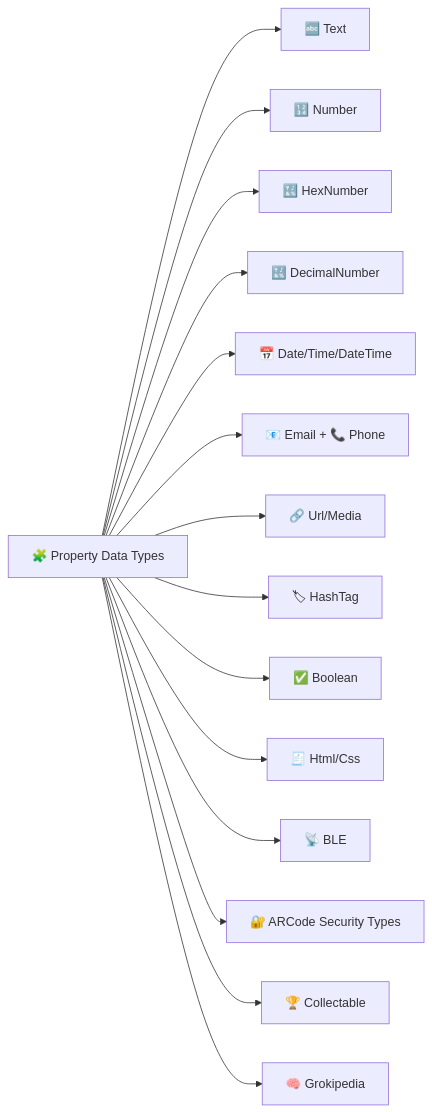
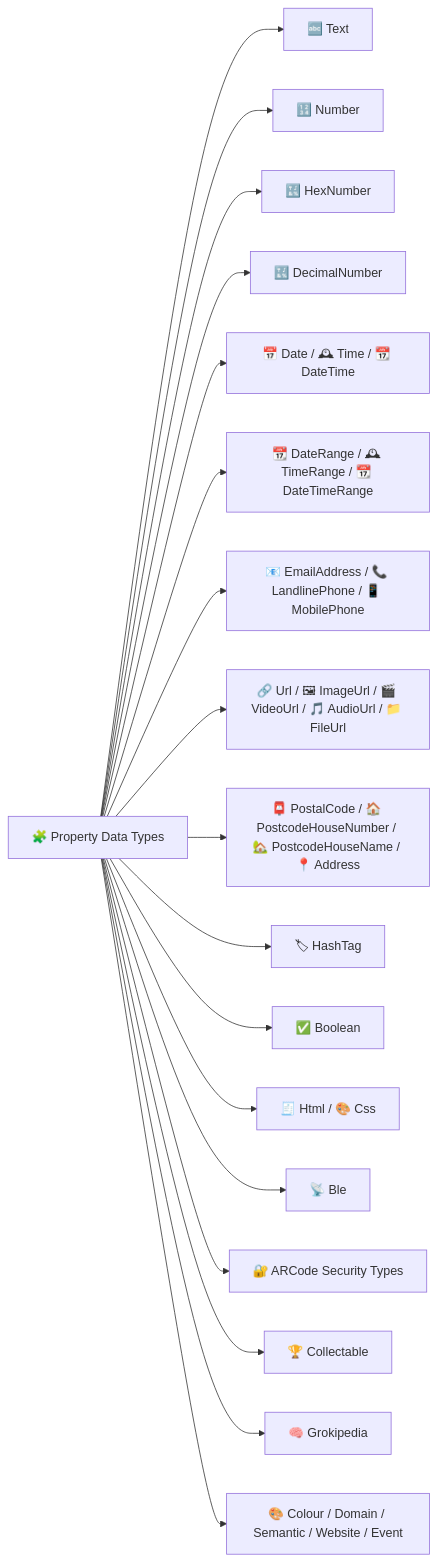
Before and after one commit to GeoARit/.github: the fourth of 6 diagrams in profile/README.md, drawn with Mermaid. The commit also changed other lines of this file, not shown here.

````diff
--- a/profile/README.md
+++ b/profile/README.md
@@ -271,17 +246,20 @@
 ```mermaid
 flowchart LR
     T["🧩 Property Data Types"] --> A["🔤 Text"]
     T --> B["🔢 Number"]
     T --> B2["🔣 HexNumber"]
     T --> C["🔣 DecimalNumber"]
-    T --> D["📅 Date/Time/DateTime"]
-    T --> D2["📧 Email + 📞 Phone"]
-    T --> E["🔗 Url/Media"]
-    T --> F["🏷 HashTag"]
-    T --> G["✅ Boolean"]
-    T --> G2["🧾 Html/Css"]
-    T --> H["📡 BLE"]
-    T --> I["🔐 ARCode Security Types"]
-    T --> J["🏆 Collectable"]
-    T --> K["🧠 Grokipedia"]
+    T --> D["📅 Date / 🕰 Time / 📆 DateTime"]
+    T --> D2["📆 DateRange / 🕰 TimeRange / 📆 DateTimeRange"]
+    T --> E["📧 EmailAddress / 📞 LandlinePhone / 📱 MobilePhone"]
+    T --> F["🔗 Url / 🖼 ImageUrl / 🎬 VideoUrl / 🎵 AudioUrl / 📁 FileUrl"]
+    T --> G["📮 PostalCode / 🏠 PostcodeHouseNumber / 🏡 PostcodeHouseName / 📍 Address"]
+    T --> H["🏷 HashTag"]
+    T --> I["✅ Boolean"]
+    T --> J["🧾 Html / 🎨 Css"]
+    T --> K["📡 Ble"]
+    T --> L["🔐 ARCode Security Types"]
+    T --> M["🏆 Collectable"]
+    T --> N["🧠 Grokipedia"]
+    T --> O["🎨 Colour / Domain / Semantic / Website / Event"]
 ```
````
